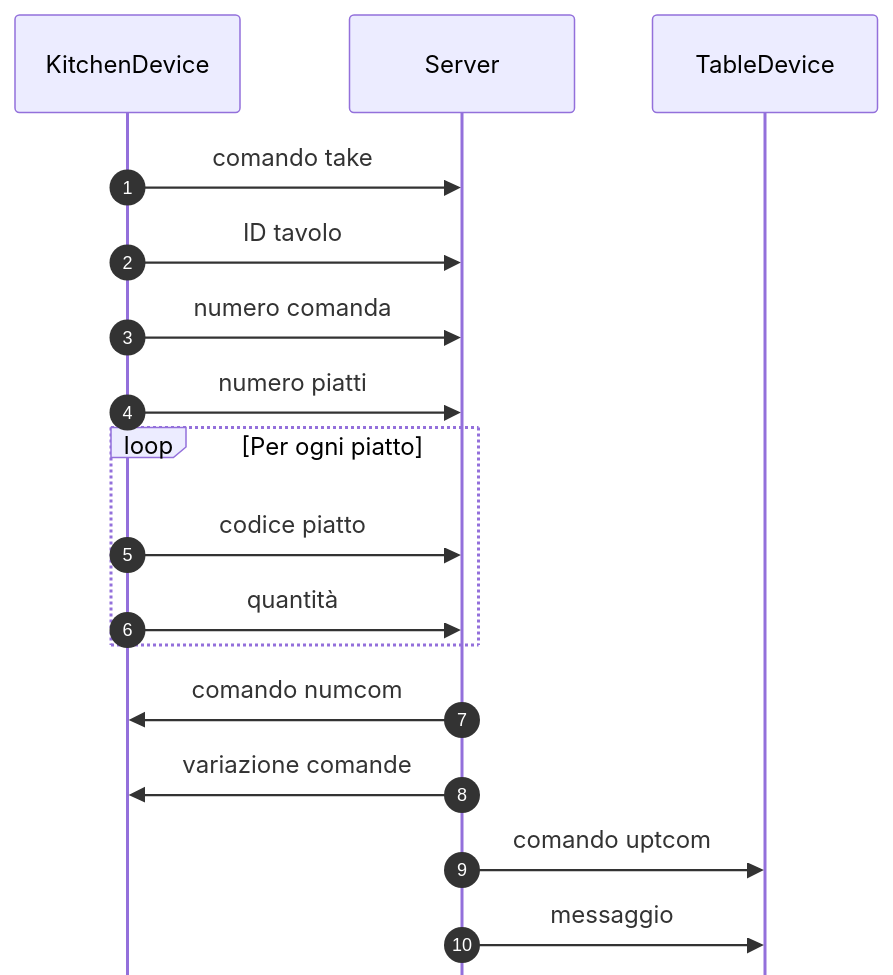
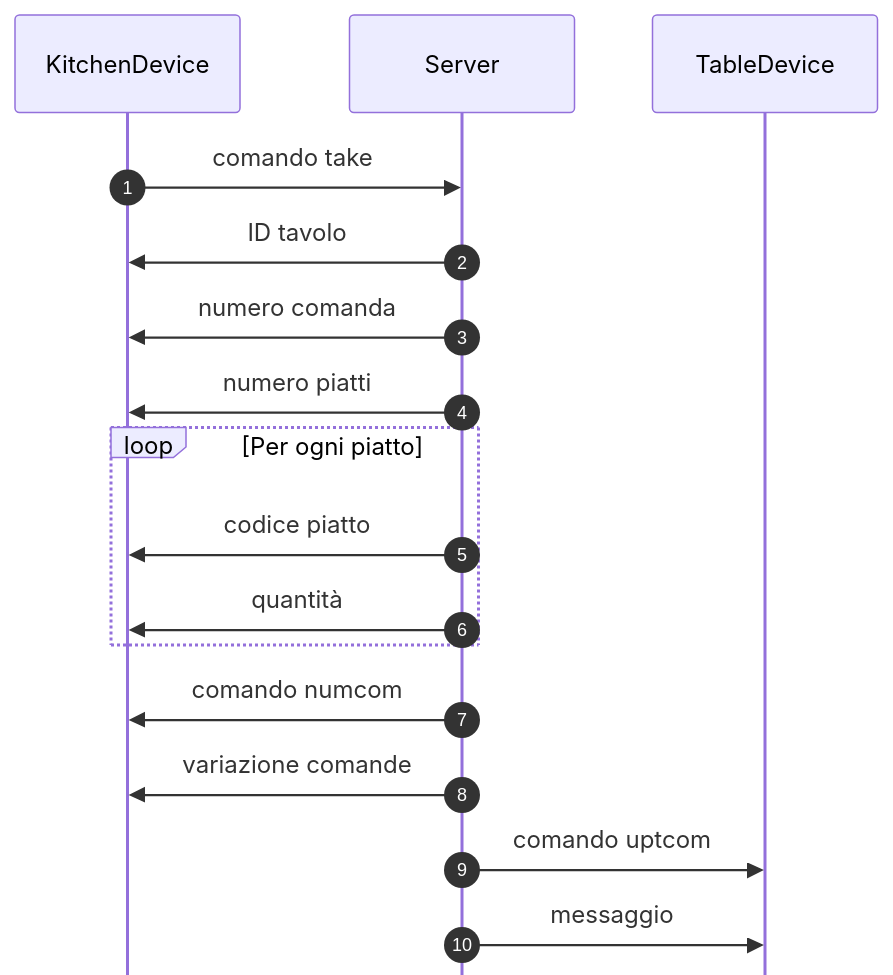
The ninth of 10 diagrams in README.md (MainKronos/RistorazioneDigitale), drawn with Mermaid before and after one commit.

````diff
--- a/README.md
+++ b/README.md
@@ -351,22 +351,22 @@
 ```mermaid
 %%{init: { "sequence": { "mirrorActors":false }}}%%
 
 sequenceDiagram
 	autonumber
 	participant kd as KitchenDevice
 	participant sv as Server
 	participant td as TableDevice
 
 	kd->>sv: comando take
-	kd->>sv: ID tavolo
-	kd->>sv: numero comanda
-	kd->>sv: numero piatti
+	sv->>kd: ID tavolo
+	sv->>kd: numero comanda
+	sv->>kd: numero piatti
 	loop Per ogni piatto
-		kd->>sv: codice piatto
-		kd->>sv: quantità
+		sv->>kd: codice piatto
+		sv->>kd: quantità
 	end
 	sv->>kd: comando numcom
 	sv->>kd: variazione comande
 	sv->>td: comando uptcom
 	sv->>td: messaggio
 ```
````
